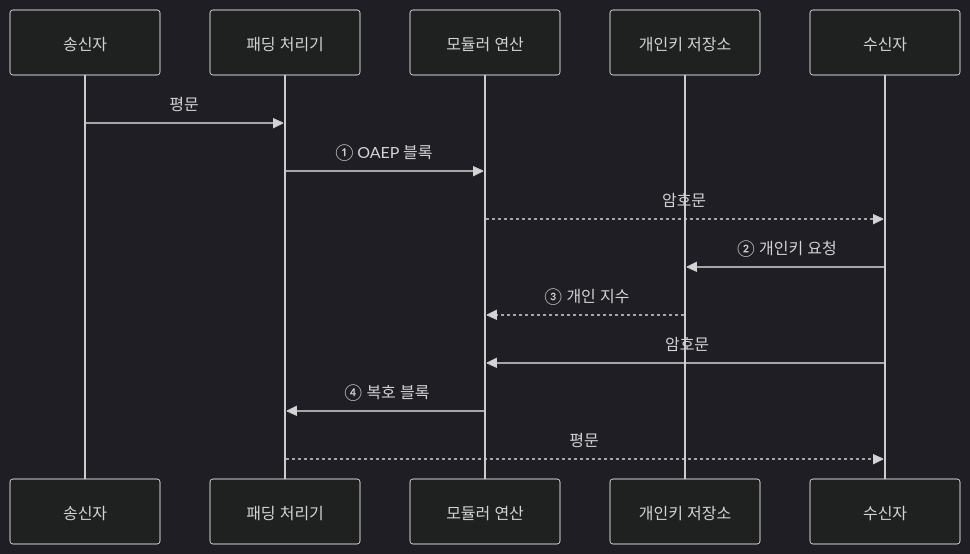
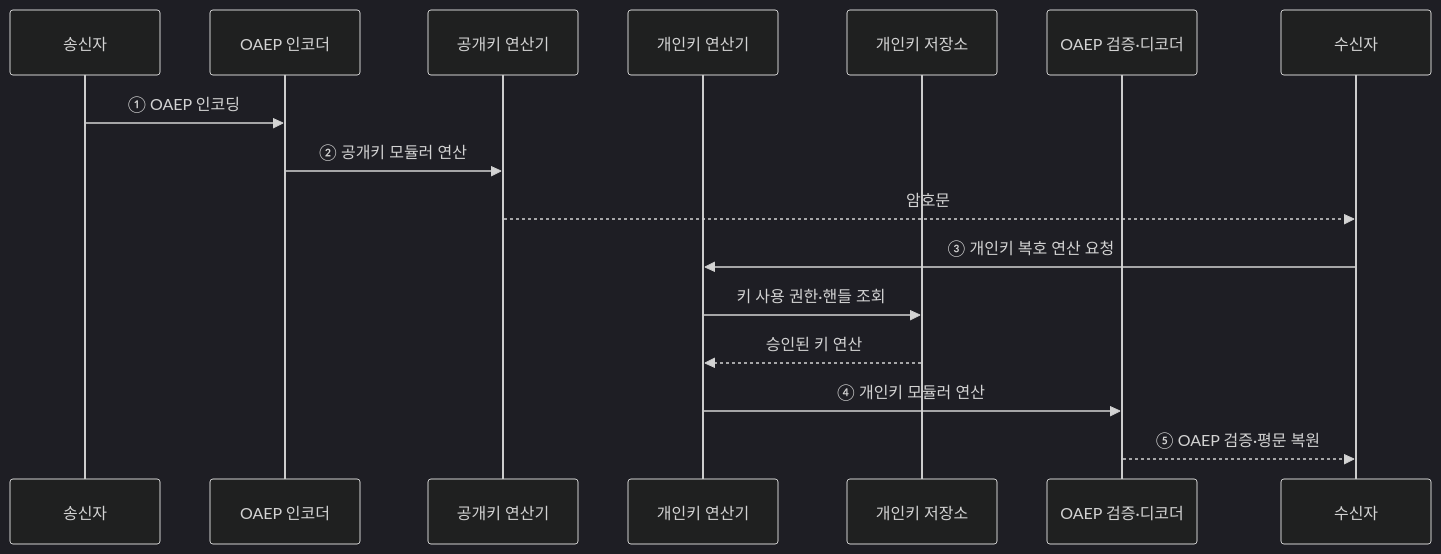
One commit to agnusdei1207/knowledge-base changed the second of 2 diagrams in src/content/docs/notes/01-basic-theory/059_crypto_math_rsa.md. Above: the diagram before and after it, drawn with Mermaid (dark theme). The commit also changed other lines of this file and 19 other files, not shown here.

````diff
--- a/src/content/docs/notes/01-basic-theory/059_crypto_math_rsa.md
+++ b/src/content/docs/notes/01-basic-theory/059_crypto_math_rsa.md
@@ -90,16 +93,18 @@
 ```mermaid
 sequenceDiagram
     participant A as 송신자
-    participant P as 패딩 처리기
-    participant X as 모듈러 연산
+    participant PE as OAEP 인코더
+    participant X as 공개키 연산기
+    participant H as 개인키 연산기
     participant S as 개인키 저장소
+    participant PD as OAEP 검증·디코더
     participant B as 수신자
-    A->>P: 평문
-    P->>X: ① OAEP 블록
+    A->>PE: ① OAEP 인코딩
+    PE->>X: ② 공개키 모듈러 연산
     X-->>B: 암호문
-    B->>S: ② 개인키 요청
-    S-->>X: ③ 개인 지수
-    B->>X: 암호문
-    X->>P: ④ 복호 블록
-    P-->>B: 평문
+    B->>H: ③ 개인키 복호 연산 요청
+    H->>S: 키 사용 권한·핸들 조회
+    S-->>H: 승인된 키 연산
+    H->>PD: ④ 개인키 모듈러 연산
+    PD-->>B: ⑤ OAEP 검증·평문 복원
 ```
````
